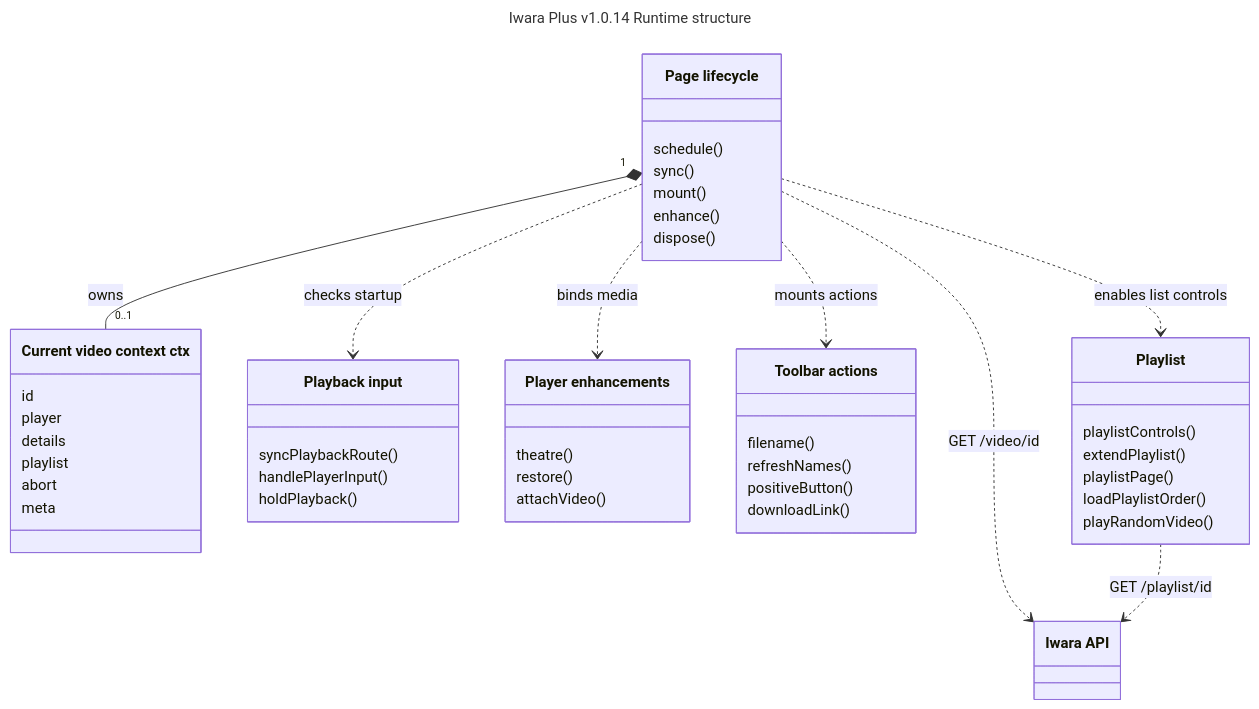
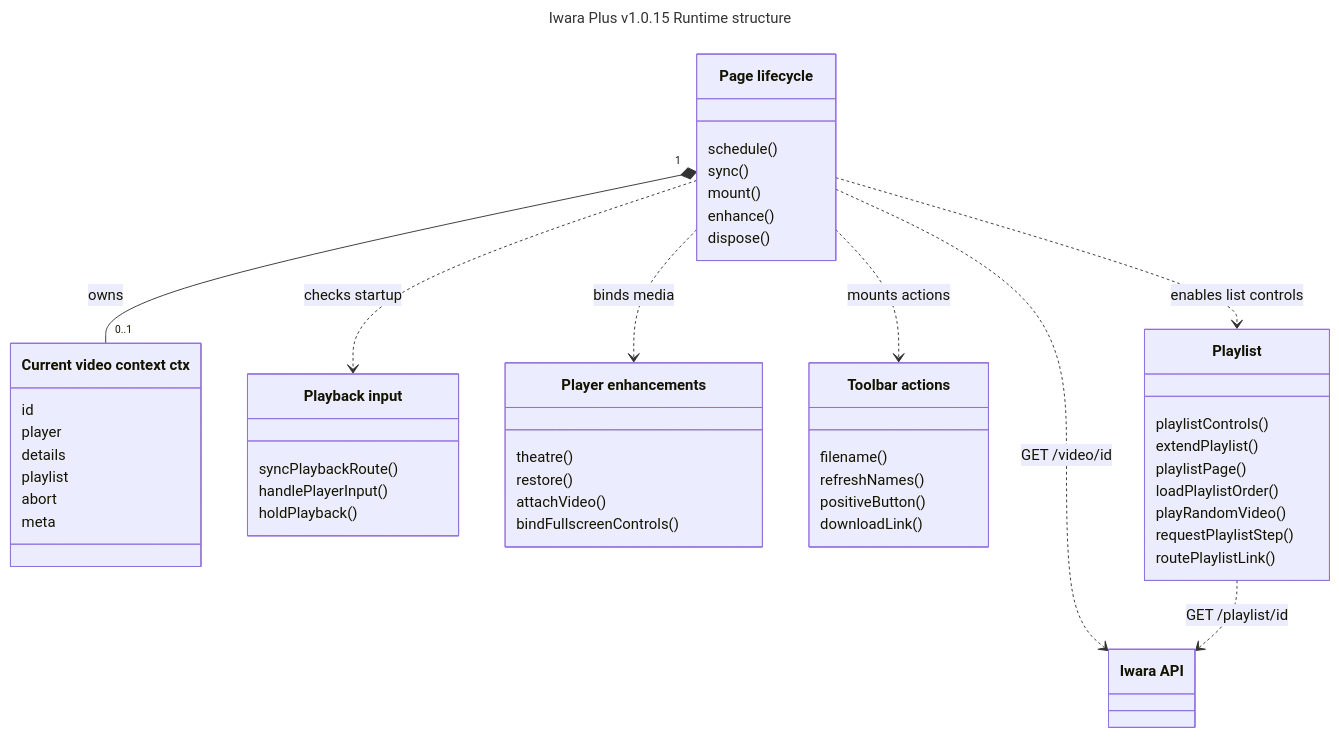
Before and after one commit to lhYanghc/iwara-plus: the first of 6 diagrams in docs/architecture.md, drawn with Mermaid. The commit also changed other lines of this file and 7 other files, not shown here.

Commit message:
Release 1.0.15 with fullscreen controls and playlist navigation fixes

````diff
--- a/docs/architecture.md
+++ b/docs/architecture.md
@@ -9,53 +9,56 @@
 ```mermaid
 ---
-title: Iwara Plus v1.0.14 Runtime structure
+title: Iwara Plus v1.0.15 Runtime structure
 ---
 classDiagram
     direction TB
     class Lifecycle["Page lifecycle"] {
         schedule()
         sync()
         mount()
         enhance()
         dispose()
     }
     class Context["Current video context ctx"] {
         id
         player
         details
         playlist
         abort
         meta
     }
     class Playback["Playback input"] {
         syncPlaybackRoute()
         handlePlayerInput()
         holdPlayback()
     }
     class Player["Player enhancements"] {
         theatre()
         restore()
         attachVideo()
+        bindFullscreenControls()
     }
     class Toolbar["Toolbar actions"] {
         filename()
         refreshNames()
         positiveButton()
         downloadLink()
     }
     class Queue["Playlist"] {
         playlistControls()
         extendPlaylist()
         playlistPage()
         loadPlaylistOrder()
         playRandomVideo()
+        requestPlaylistStep()
+        routePlaylistLink()
     }
     class API["Iwara API"]
     Lifecycle "1" *-- "0..1" Context : owns
     Lifecycle ..> Playback : checks startup
     Lifecycle ..> Player : binds media
     Lifecycle ..> Toolbar : mounts actions
     Lifecycle ..> Queue : enables list controls
     Lifecycle ..> API : GET /video/id
     Queue ..> API : GET /playlist/id
 ```
````
